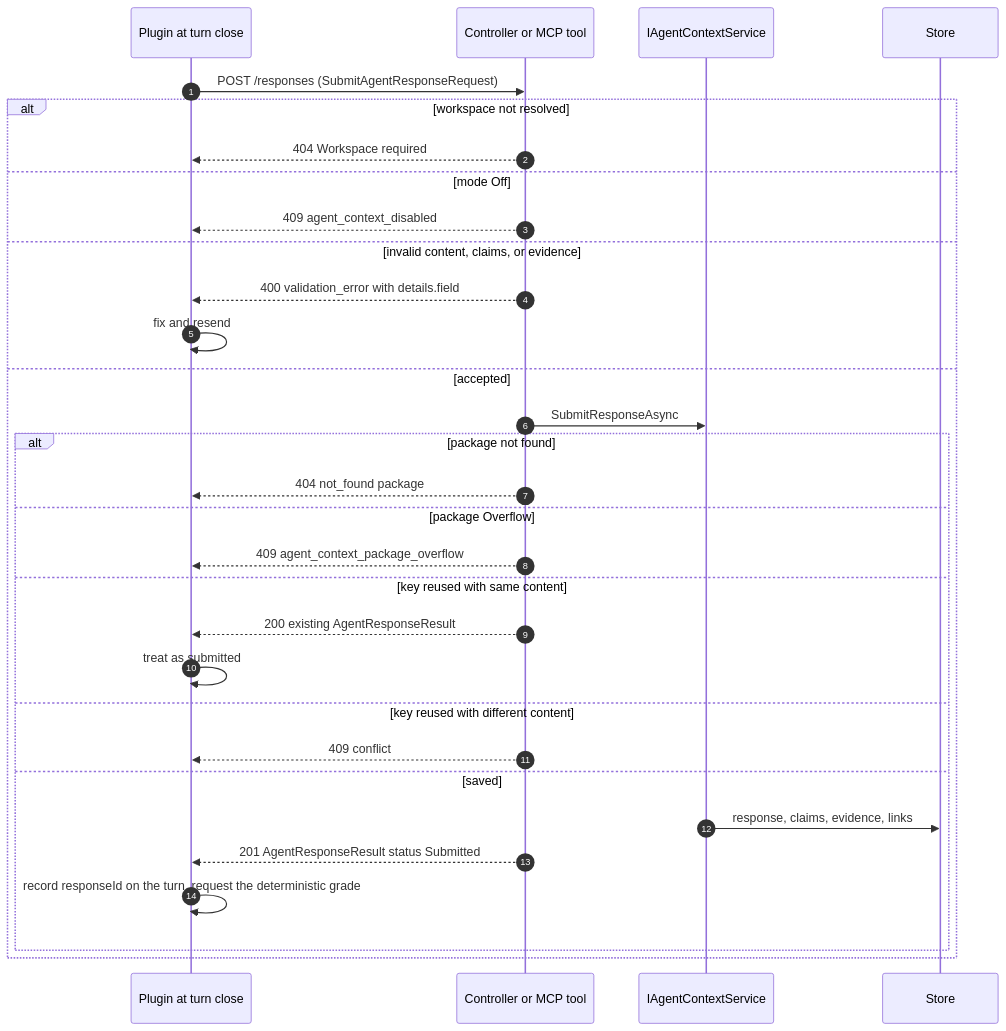
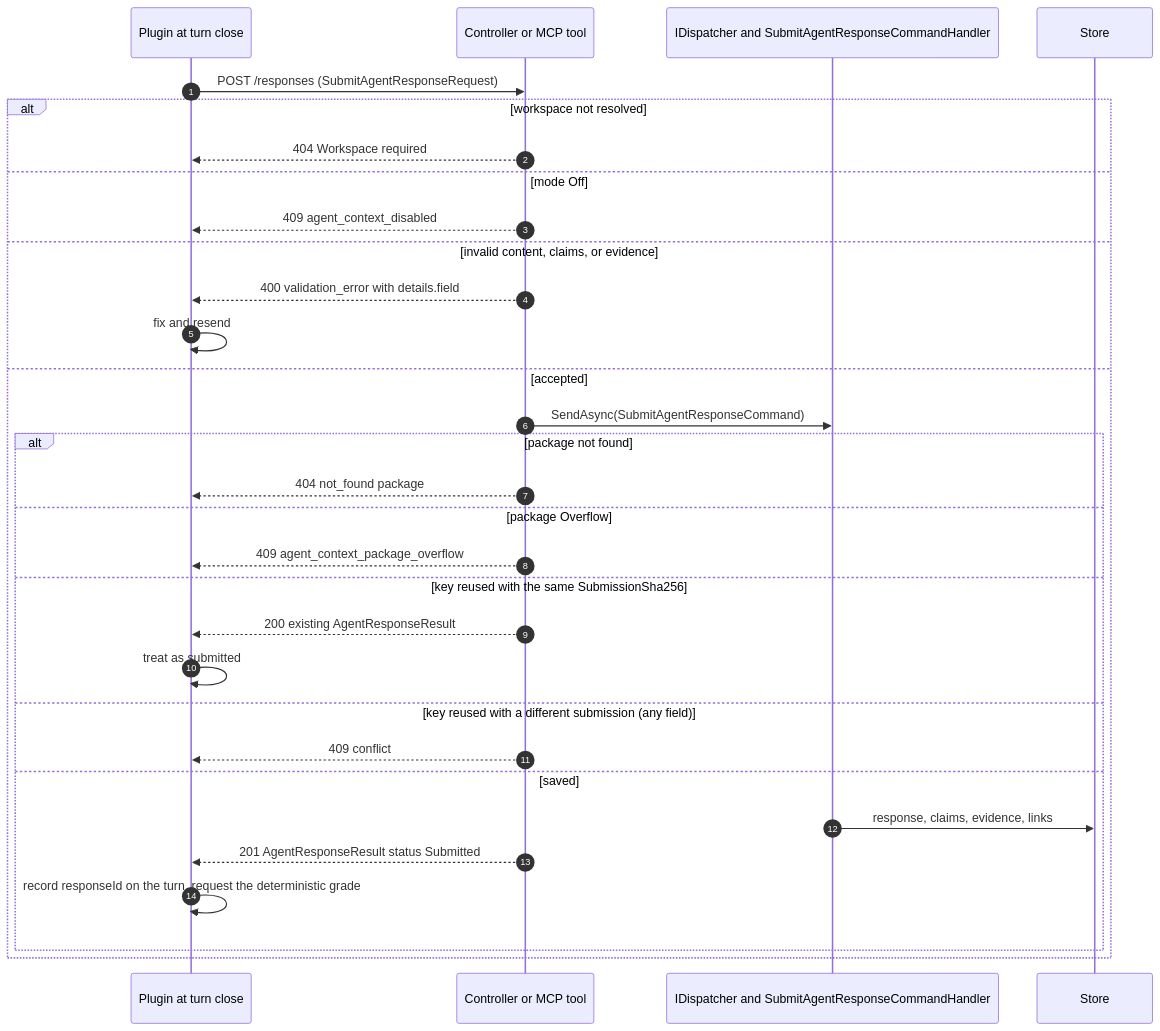
One commit to sharpninja/McpServer changed diagram 32 of 59 in docs/Stateless-Agent-Context-Management.md. Above: the diagram before and after it, drawn with Mermaid. The commit also changed other lines of this file and 2 other files, not shown here.

````diff
--- a/docs/Stateless-Agent-Context-Management.md
+++ b/docs/Stateless-Agent-Context-Management.md
@@ -1127,33 +1144,33 @@
 ```mermaid
 sequenceDiagram
     autonumber
     participant Caller as Plugin at turn close
     participant API as Controller or MCP tool
-    participant SVC as IAgentContextService
+    participant SVC as IDispatcher and SubmitAgentResponseCommandHandler
     participant DB as Store
     Caller->>API: POST /responses (SubmitAgentResponseRequest)
     alt workspace not resolved
         API-->>Caller: 404 Workspace required
     else mode Off
         API-->>Caller: 409 agent_context_disabled
     else invalid content, claims, or evidence
         API-->>Caller: 400 validation_error with details.field
         Caller->>Caller: fix and resend
     else accepted
-        API->>SVC: SubmitResponseAsync
+        API->>SVC: SendAsync(SubmitAgentResponseCommand)
         alt package not found
             API-->>Caller: 404 not_found package
         else package Overflow
             API-->>Caller: 409 agent_context_package_overflow
-        else key reused with same content
+        else key reused with the same SubmissionSha256
             API-->>Caller: 200 existing AgentResponseResult
             Caller->>Caller: treat as submitted
-        else key reused with different content
+        else key reused with a different submission (any field)
             API-->>Caller: 409 conflict
         else saved
             SVC->>DB: response, claims, evidence, links
             API-->>Caller: 201 AgentResponseResult status Submitted
             Caller->>Caller: record responseId on the turn, request the deterministic grade
         end
     end
 ```
````
